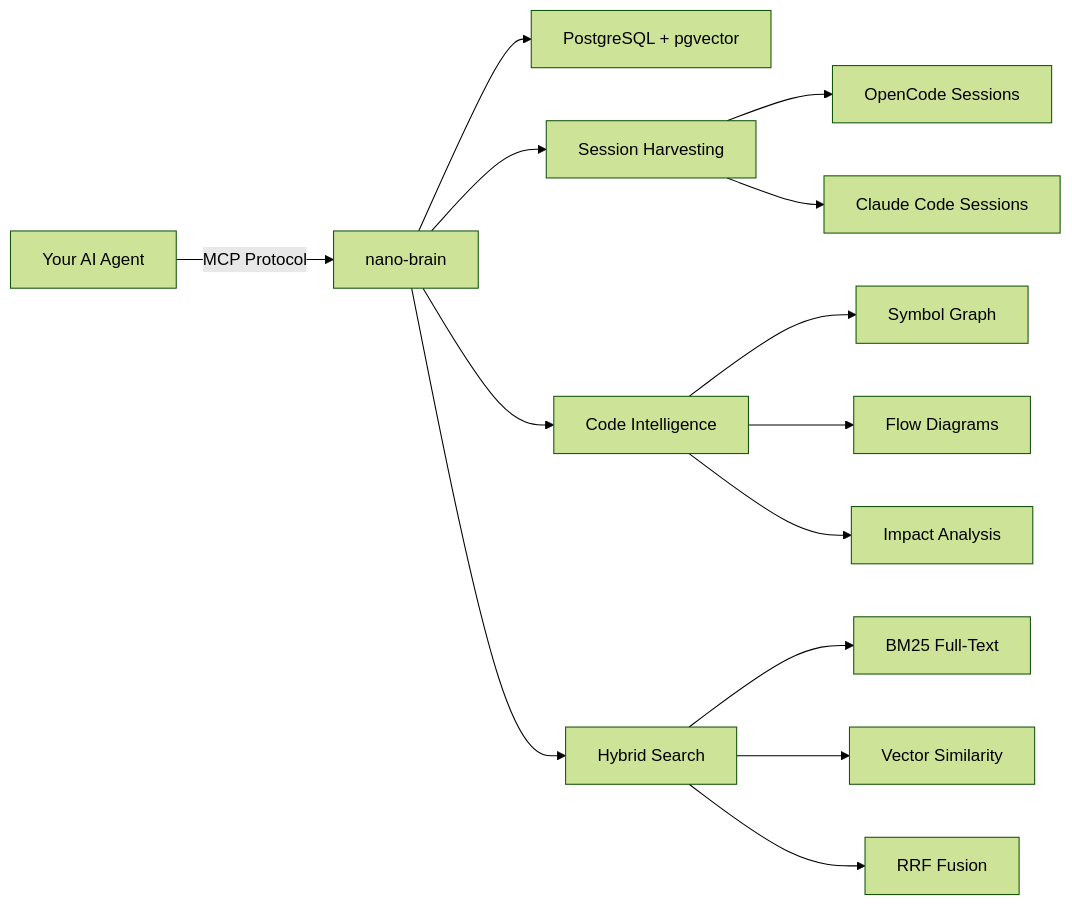
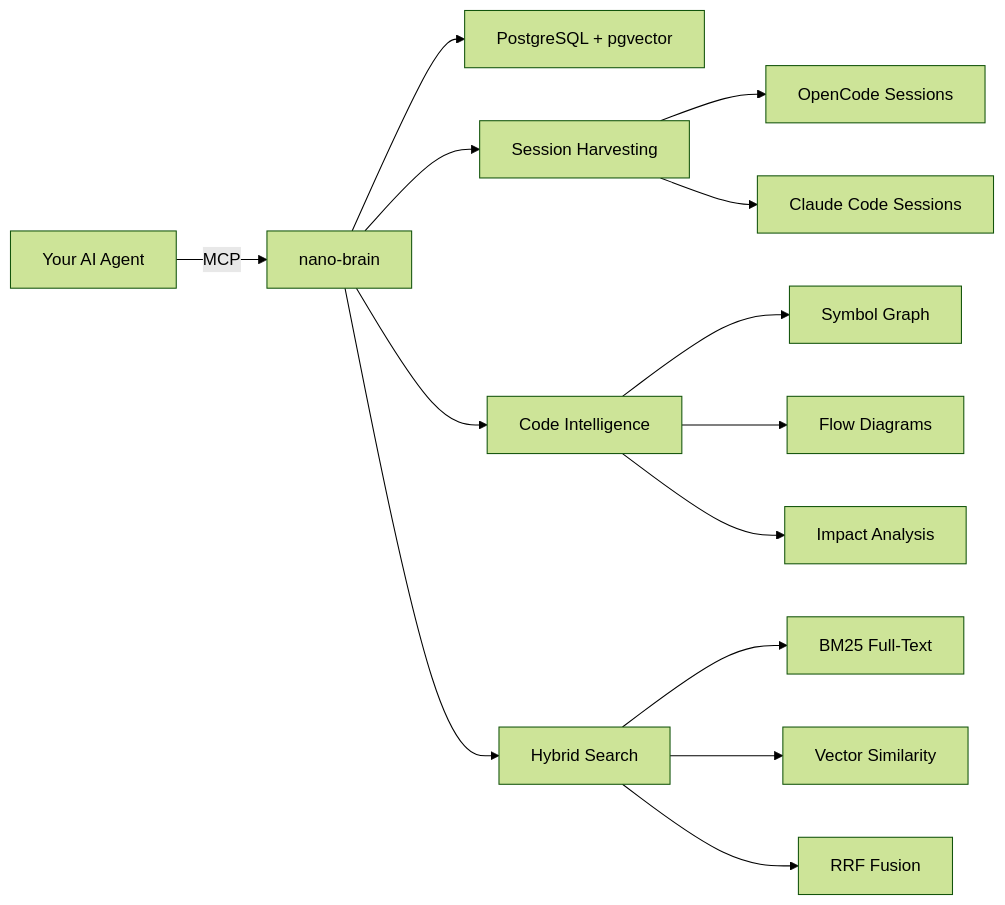
One commit to nano-step/nano-brain changed the diagram in README.md. Above: the diagram before and after it, drawn with Mermaid (forest theme). The commit also changed other lines of this file and 2 other files, not shown here.

````diff
--- a/README.md
+++ b/README.md
@@ -93,19 +127,16 @@
 ```mermaid
 graph LR
-    A[Your AI Agent] -->|MCP Protocol| B[nano-brain]
+    A[Your AI Agent] -->|MCP| B[nano-brain]
     B --> C[PostgreSQL + pgvector]
     B --> D[Session Harvesting]
     B --> E[Code Intelligence]
     B --> F[Hybrid Search]
-    
     D --> D1[OpenCode Sessions]
     D --> D2[Claude Code Sessions]
-    
     E --> E1[Symbol Graph]
     E --> E2[Flow Diagrams]
     E --> E3[Impact Analysis]
-    
     F --> F1[BM25 Full-Text]
     F --> F2[Vector Similarity]
     F --> F3[RRF Fusion]
 ```
````
